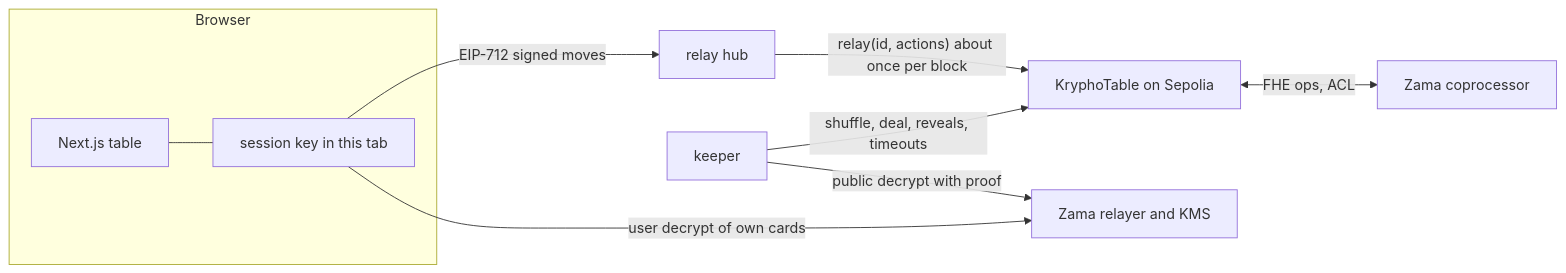
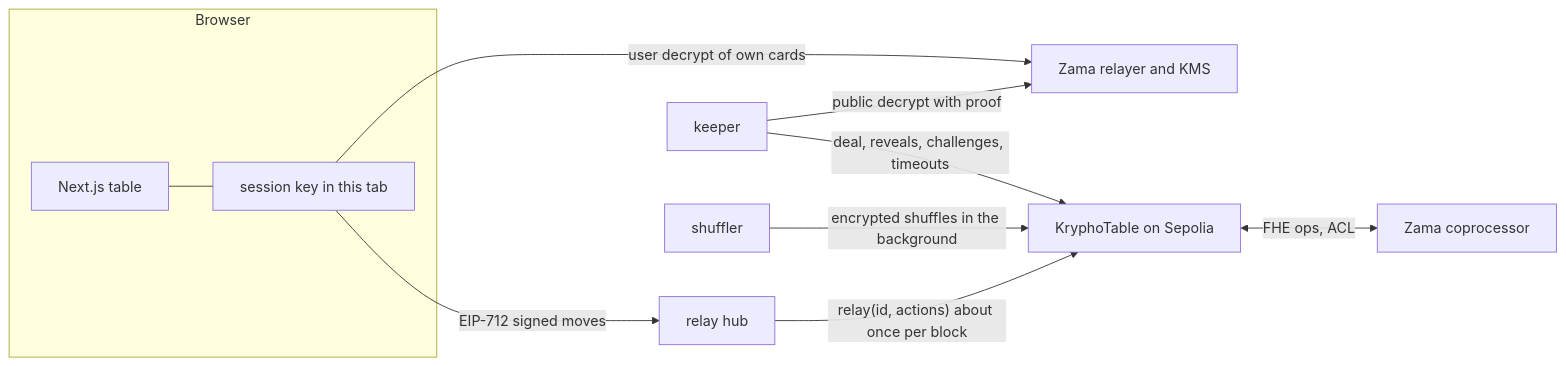
One commit to UnityNodes/kryphochroma changed the diagram in README.md. Above: the diagram before and after it, drawn with Mermaid. The commit also changed other lines of this file and 2 other files, not shown here.

````diff
--- a/README.md
+++ b/README.md
@@ -29,12 +41,13 @@
 ```mermaid
 flowchart LR
   subgraph Browser
     UI[Next.js table] --- SK[session key in this tab]
   end
   SK -- "EIP-712 signed moves" --> HUB[relay hub]
   HUB -- "relay(id, actions) about once per block" --> T[KryphoTable on Sepolia]
-  K[keeper] -- "shuffle, deal, reveals, timeouts" --> T
+  K[keeper] -- "deal, reveals, challenges, timeouts" --> T
+  S[shuffler] -- "encrypted shuffles in the background" --> T
   T <-- "FHE ops, ACL" --> C[Zama coprocessor]
   SK -- "user decrypt of own cards" --> R[Zama relayer and KMS]
   K -- "public decrypt with proof" --> R
 ```
````
